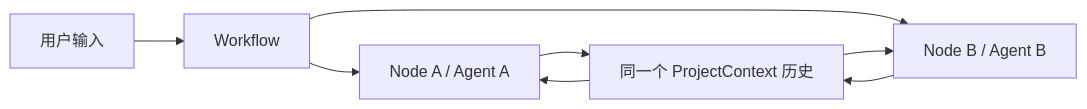
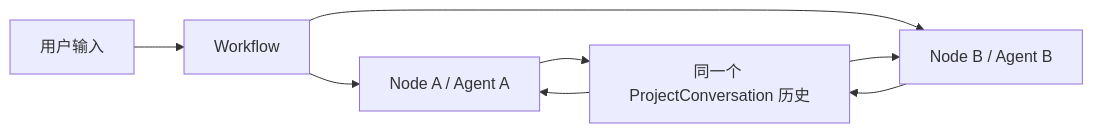
Before and after one commit to zxyao145/agw: the first of 5 diagrams in docs/proposals/2026-07-14-agentflow-workflow-context-isolation.md, drawn with Mermaid. The commit also changed other lines of this file and 9 other files, not shown here.

````diff
--- a/docs/proposals/2026-07-14-agentflow-workflow-context-isolation.md
+++ b/docs/proposals/2026-07-14-agentflow-workflow-context-isolation.md
@@ -38,10 +38,10 @@
 ```mermaid
 flowchart LR
     U["用户输入"] --> W["Workflow"]
     W --> A["Node A / Agent A"]
     W --> B["Node B / Agent B"]
-    A --> H["同一个 ProjectContext 历史"]
+    A --> H["同一个 ProjectConversation 历史"]
     B --> H
     H --> A
     H --> B
 ```
````
